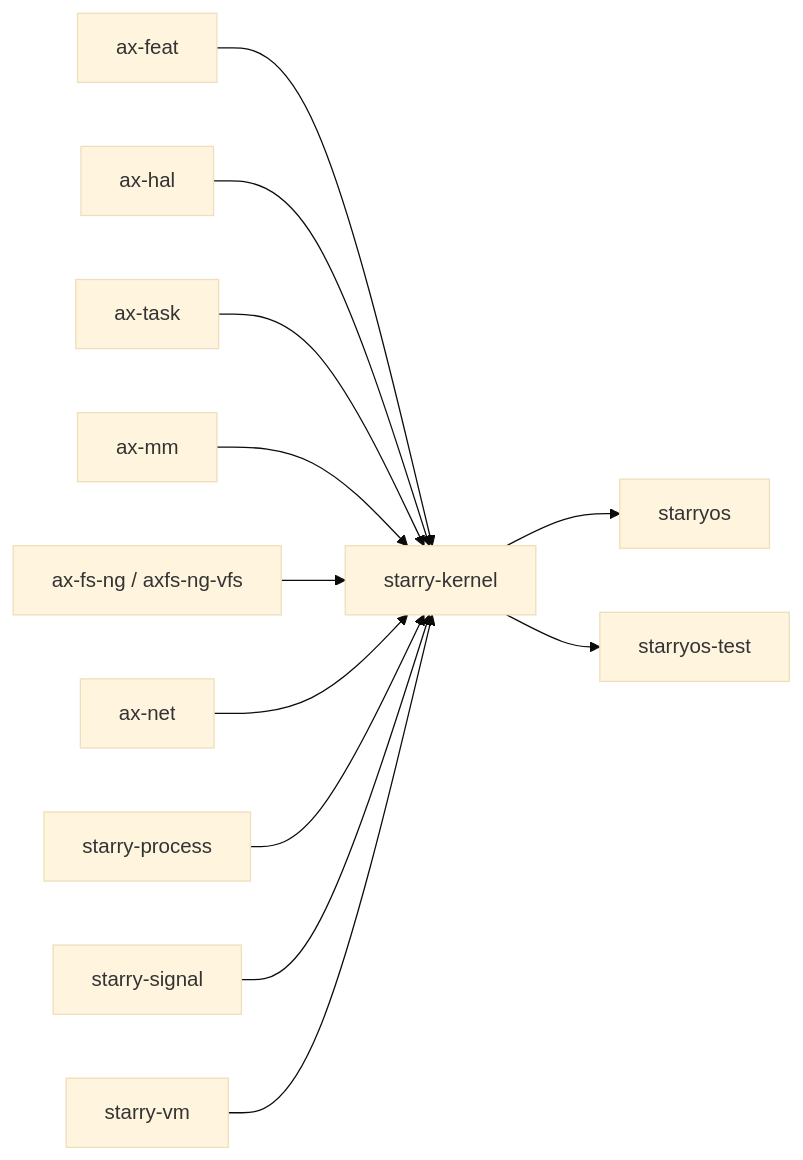
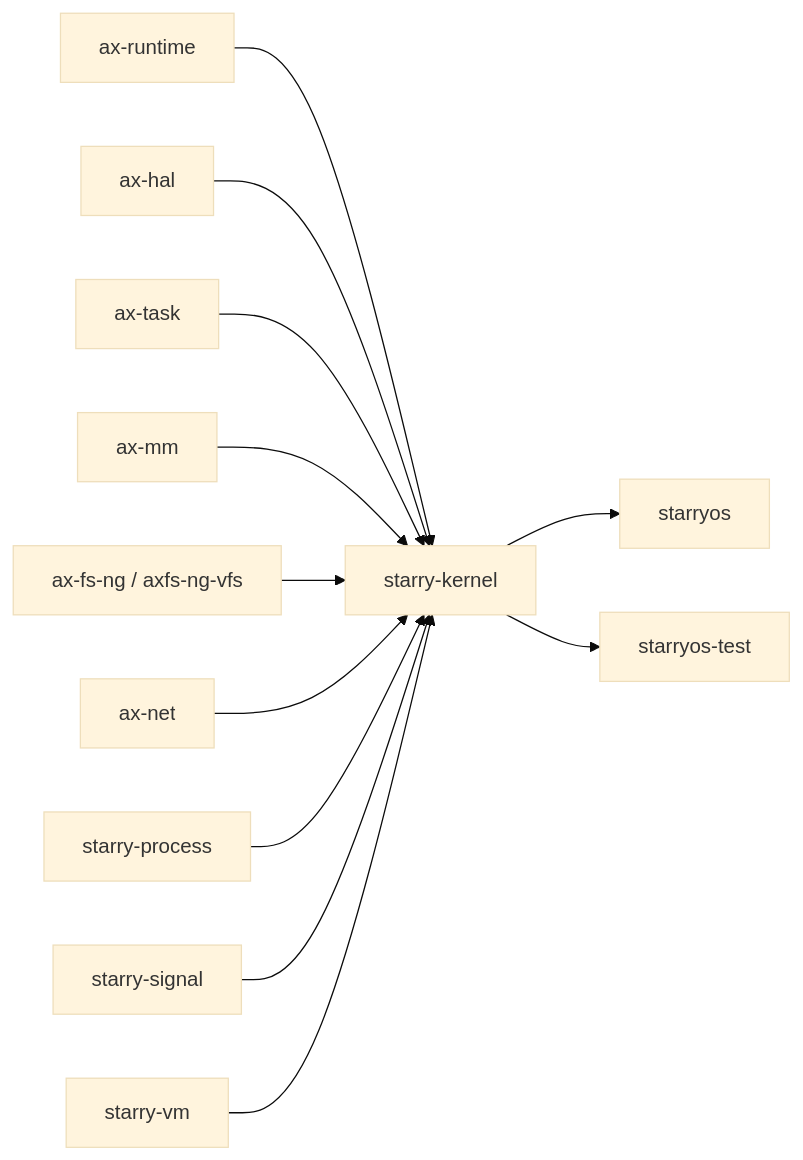
The second of 2 diagrams in docs/docs/components/crates/starry-kernel.md (rcore-os/tgoskits), drawn with Mermaid (base theme) before and after one commit. The commit also changed other lines of this file and 189 other files, not shown here.

````diff
--- a/docs/docs/components/crates/starry-kernel.md
+++ b/docs/docs/components/crates/starry-kernel.md
@@ -116,15 +116,15 @@
 ```mermaid
 graph LR
-    ax-feat["ax-feat"] --> starry["starry-kernel"]
+    ax-runtime["ax-runtime"] --> starry["starry-kernel"]
     ax-hal["ax-hal"] --> starry
     ax-task["ax-task"] --> starry
     ax-mm["ax-mm"] --> starry
     ax-fs["ax-fs-ng / axfs-ng-vfs"] --> starry
     ax-net["ax-net"] --> starry
     starry_process["starry-process"] --> starry
     starry_signal["starry-signal"] --> starry
     starry_vm["starry-vm"] --> starry
 
     starry --> starryos["starryos"]
     starry --> starryos_test["starryos-test"]
 ```
````
